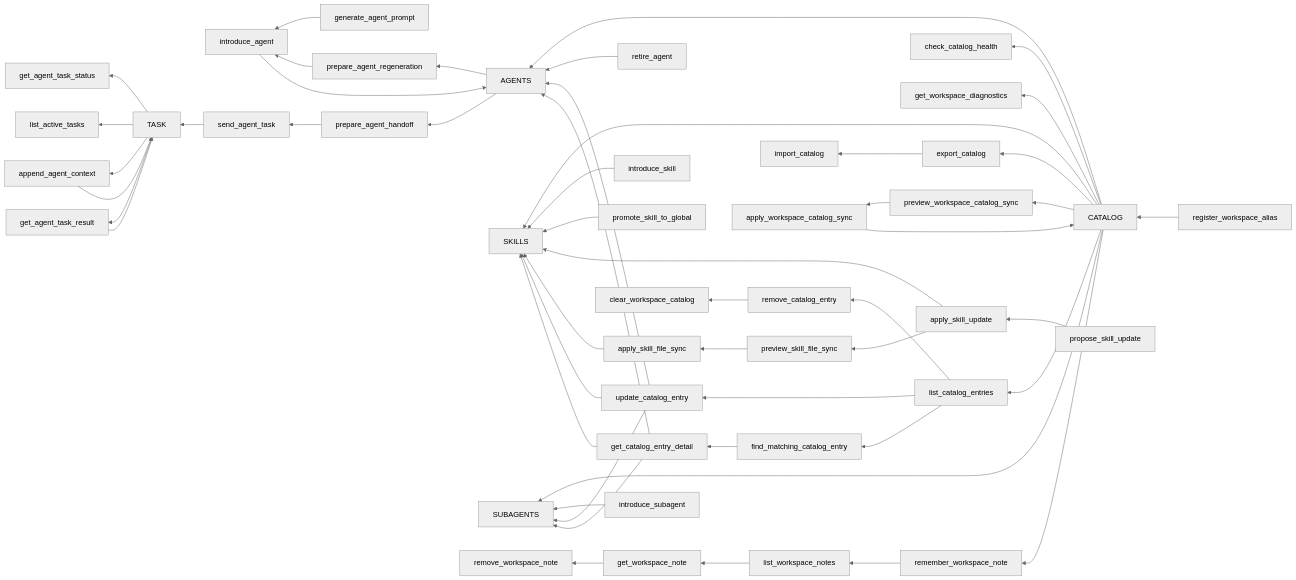
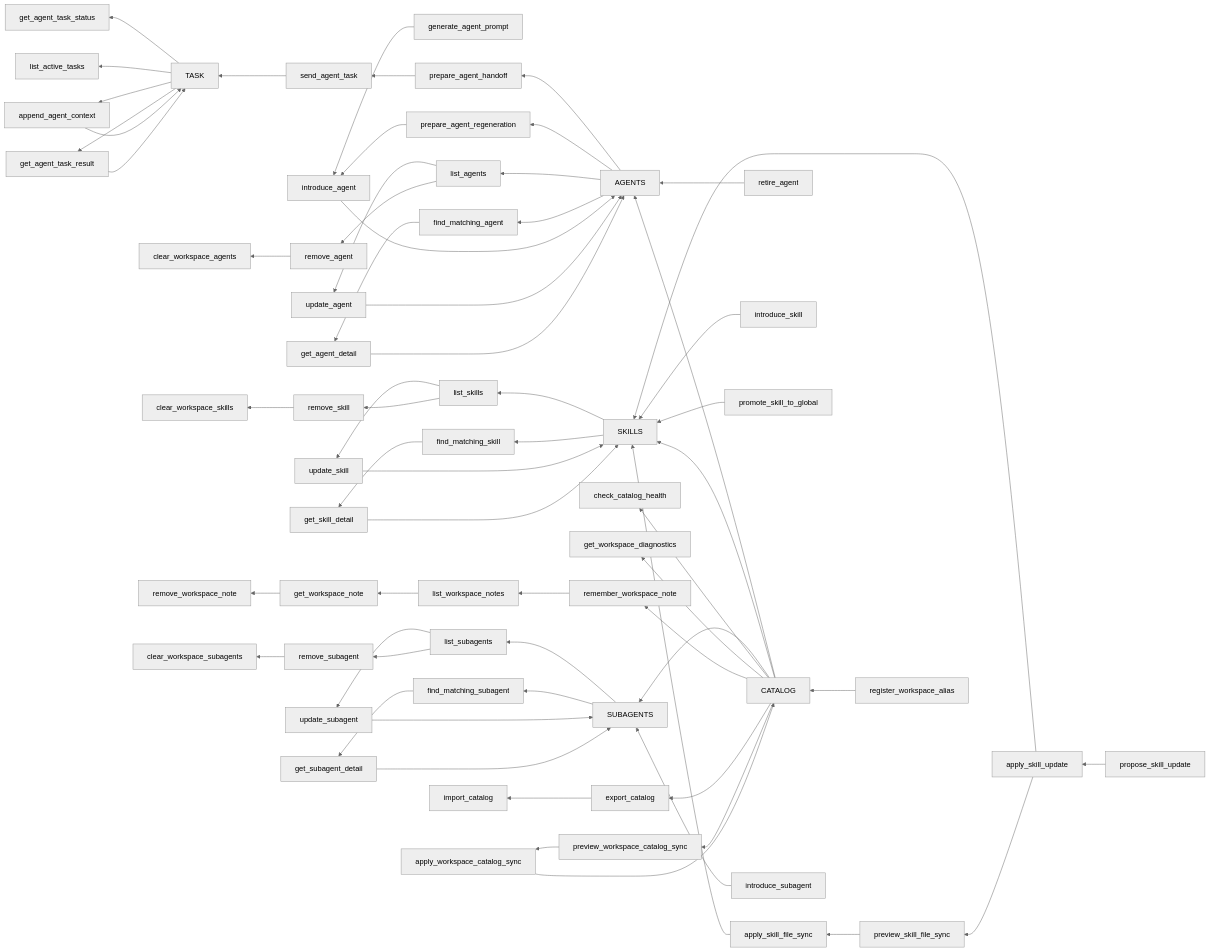
The diagram in README.md (okanaslan/lor-mcp), drawn with Mermaid (neutral theme) before and after one commit. The commit also changed other lines of this file and 35 other files, not shown here.

````diff
--- a/README.md
+++ b/README.md
@@ -202,64 +203,76 @@
 ```mermaid
 flowchart RL
   catalog["CATALOG"]
   agents["AGENTS"]
   skills["SKILLS"]
   subagents["SUBAGENTS"]
   task["TASK"]
 
   catalog --> agents
   catalog --> skills
   catalog --> subagents
 
   generatePrompt["generate_agent_prompt"] --> introduceAgent["introduce_agent"]
   introduceAgent --> agents
   agents --> handoff["prepare_agent_handoff"]
   agents --> regeneration["prepare_agent_regeneration"]
   handoff --> sendAgentTask["send_agent_task"]
   regeneration --> introduceAgent
   retireAgent["retire_agent"] --> agents
 
   introduceSkill["introduce_skill"] --> skills
   promoteSkill["promote_skill_to_global"] --> skills
   proposeSkillUpdate["propose_skill_update"] --> applySkillUpdate["apply_skill_update"]
   applySkillUpdate --> skills
   applySkillUpdate --> previewSkillFileSync["preview_skill_file_sync"]
   previewSkillFileSync --> applySkillFileSync["apply_skill_file_sync"]
   applySkillFileSync --> skills
 
   introduceSubagent["introduce_subagent"] --> subagents
 
   registerAlias["register_workspace_alias"] --> catalog
   catalog --> checkHealth["check_catalog_health"]
   catalog --> workspaceDiagnostics["get_workspace_diagnostics"]
   catalog --> rememberWorkspaceNote["remember_workspace_note"]
   rememberWorkspaceNote --> listWorkspaceNotes["list_workspace_notes"]
   listWorkspaceNotes --> getWorkspaceNote["get_workspace_note"]
   getWorkspaceNote --> removeWorkspaceNote["remove_workspace_note"]
   catalog --> exportCatalog["export_catalog"]
   exportCatalog --> importCatalog["import_catalog"]
   catalog --> previewWorkspaceSync["preview_workspace_catalog_sync"]
   previewWorkspaceSync --> applyWorkspaceSync["apply_workspace_catalog_sync"]
   applyWorkspaceSync --> catalog
-  catalog --> listEntries["list_catalog_entries"]
+  agents --> listAgents["list_agents"]
+  skills --> listSkills["list_skills"]
+  subagents --> listSubagents["list_subagents"]
 
-  listEntries --> removeEntry["remove_catalog_entry"]
-  removeEntry --> clearCatalog["clear_workspace_catalog"]
-  listEntries --> updateEntry["update_catalog_entry"]
-  updateEntry --> agents
-  updateEntry --> skills
-  updateEntry --> subagents
-  listEntries --> findMatch["find_matching_catalog_entry"]
-  findMatch --> detail["get_catalog_entry_detail"]
-  detail --> agents
-  detail --> skills
-  detail --> subagents
+  listAgents --> updateAgent["update_agent"]
+  updateAgent --> agents
+  listSkills --> updateSkill["update_skill"]
+  updateSkill --> skills
+  listSubagents --> updateSubagent["update_subagent"]
+  updateSubagent --> subagents
+  listAgents --> removeAgent["remove_agent"]
+  listSkills --> removeSkill["remove_skill"]
+  listSubagents --> removeSubagent["remove_subagent"]
+  removeAgent --> clearAgents["clear_workspace_agents"]
+  removeSkill --> clearSkills["clear_workspace_skills"]
+  removeSubagent --> clearSubagents["clear_workspace_subagents"]
+  agents --> findAgent["find_matching_agent"]
+  skills --> findSkill["find_matching_skill"]
+  subagents --> findSubagent["find_matching_subagent"]
+  findAgent --> getAgent["get_agent_detail"]
+  findSkill --> getSkill["get_skill_detail"]
+  findSubagent --> getSubagent["get_subagent_detail"]
+  getAgent --> agents
+  getSkill --> skills
+  getSubagent --> subagents
 
   sendAgentTask --> task
   task --> getAgentTaskStatus["get_agent_task_status"]
   task --> listActiveTasks["list_active_tasks"]
   task --> appendAgentContext["append_agent_context"]
   task --> getAgentTaskResult["get_agent_task_result"]
   appendAgentContext --> task
   getAgentTaskResult --> task
 ```
````
